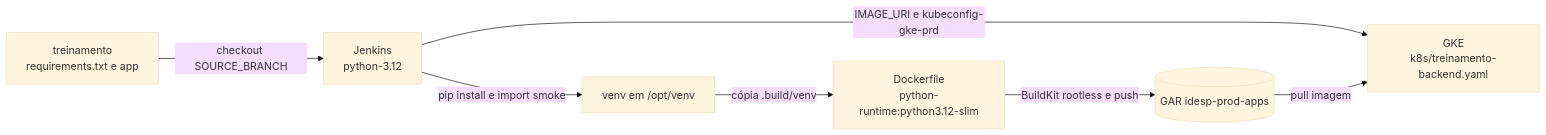
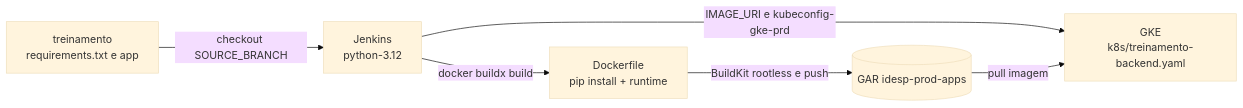
The diagram in README.md (ge21gt-repo/treinamento), drawn with Mermaid (base theme) before and after one commit. The commit also changed other lines of this file and 7 other files, not shown here.

Commit message:
fix: simplify Python image build and restore original GitHub CI

````diff
--- a/README.md
+++ b/README.md
@@ -36,9 +36,8 @@
 ```mermaid
 flowchart LR
     R[treinamento<br/>requirements.txt e app] -->|checkout SOURCE_BRANCH| J[Jenkins<br/>python-3.12]
-    J -->|pip install e import smoke| V[venv em /opt/venv]
-    V -->|cópia .build/venv| D[Dockerfile<br/>python-runtime:python3.12-slim]
+    J -->|docker buildx build| D[Dockerfile<br/>pip install + runtime]
     D -->|BuildKit rootless e push| G[(GAR idesp-prod-apps)]
     J -->|IMAGE_URI e kubeconfig-gke-prd| K[GKE<br/>k8s/treinamento-backend.yaml]
     G -->|pull imagem| K
 ```
````
